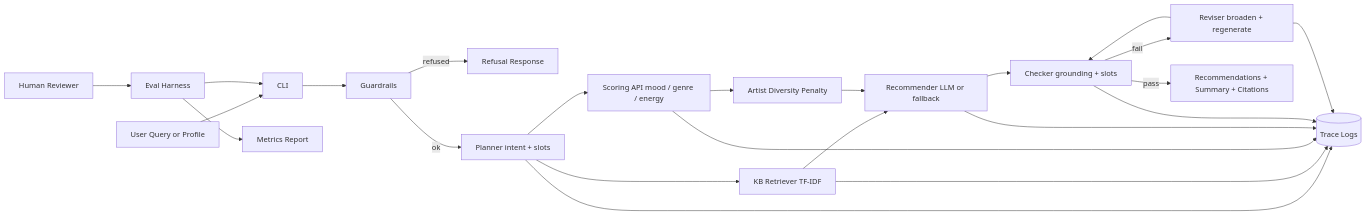
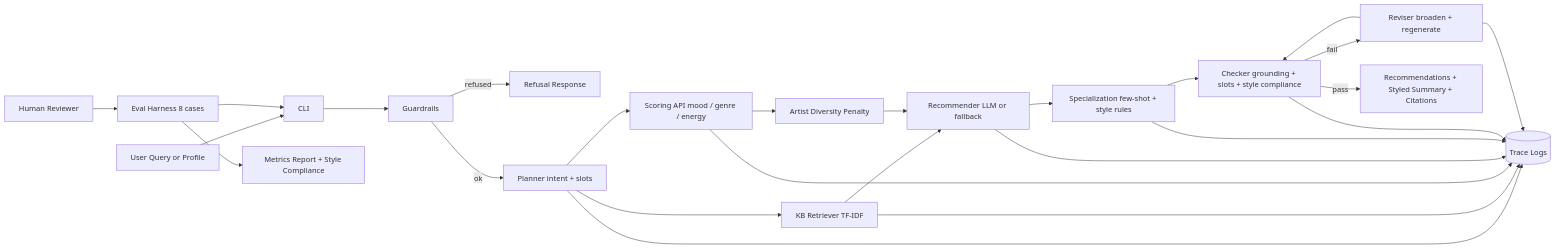
One commit to praisemanz/applied-ai-system-project changed the diagram in README.md. Above: the diagram before and after it, drawn with Mermaid. The commit also changed other lines of this file and 7 other files, not shown here.

````diff
--- a/README.md
+++ b/README.md
@@ -39,27 +40,29 @@
 ```mermaid
 flowchart LR
     U[User Query or Profile] --> C[CLI]
     C --> G1[Guardrails]
     G1 -->|refused| O1[Refusal Response]
     G1 -->|ok| P[Planner intent + slots]
     P --> R1[KB Retriever TF-IDF]
     P --> R2[Scoring API mood / genre / energy]
     R2 --> AP[Artist Diversity Penalty]
     R1 --> D[Recommender LLM or fallback]
     AP --> D
-    D --> K[Checker grounding + slots]
+    D --> S[Specialization few-shot + style rules]
+    S --> K[Checker grounding + slots + style compliance]
     K -->|fail| V[Reviser broaden + regenerate]
     V --> K
-    K -->|pass| O2[Recommendations + Summary + Citations]
+    K -->|pass| O2[Recommendations + Styled Summary + Citations]
 
     P --> L[(Trace Logs)]
     R1 --> L
     R2 --> L
     D --> L
+    S --> L
     K --> L
     V --> L
 
-    T[Eval Harness] --> C
+    T[Eval Harness 8 cases] --> C
     H[Human Reviewer] --> T
-    T --> M[Metrics Report]
+    T --> M[Metrics Report + Style Compliance]
 ```
````
